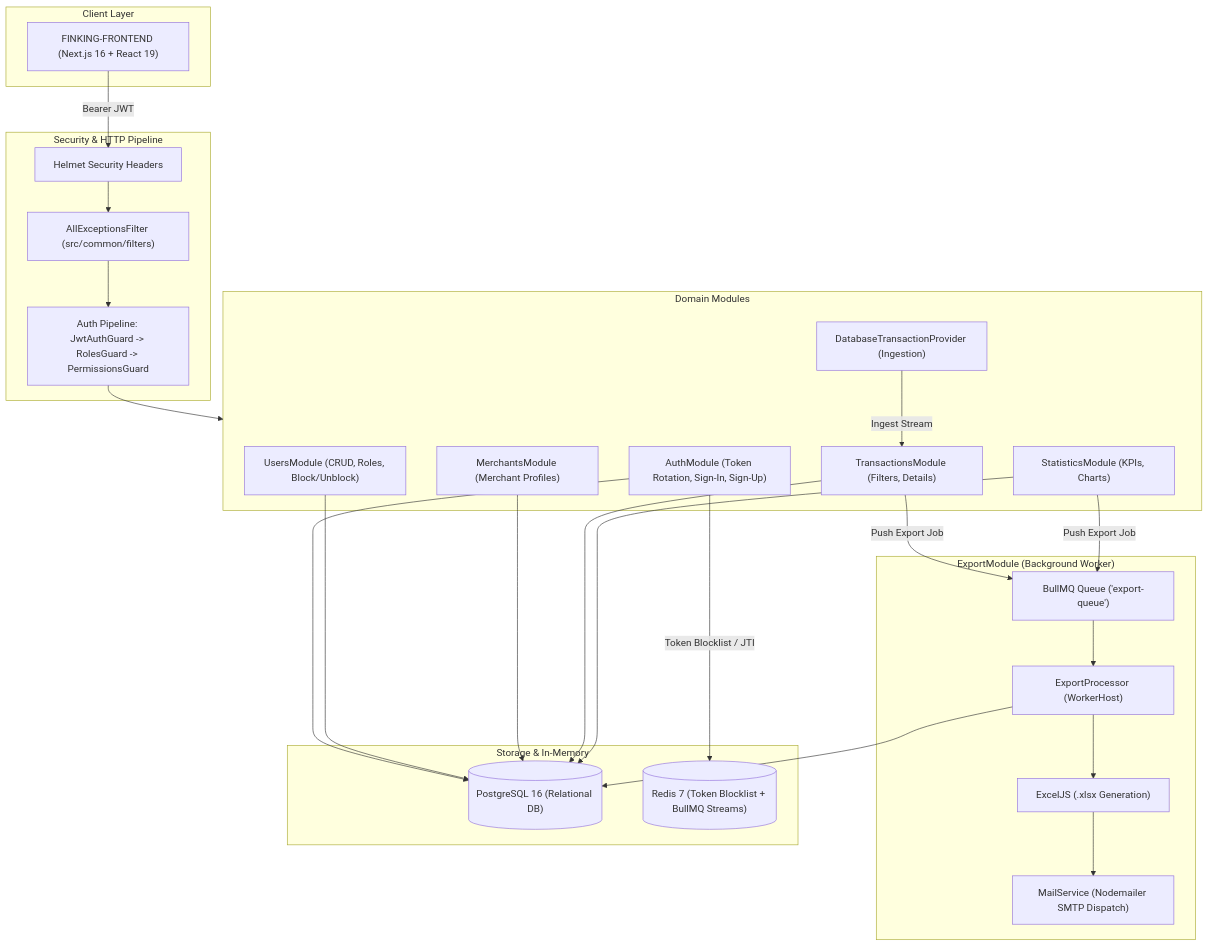
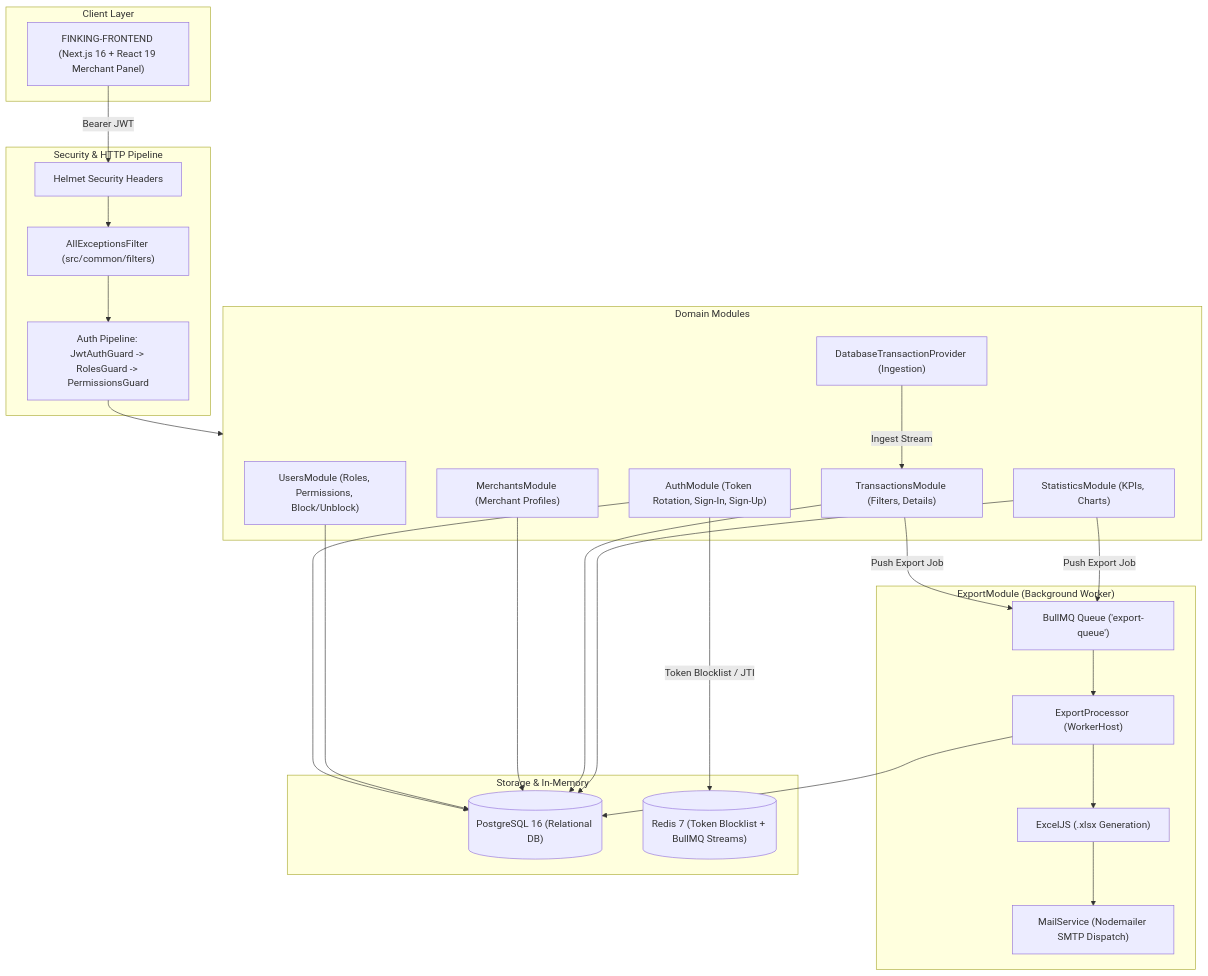
One commit to swe-rashad/FINKING-BACKEND changed the diagram in README.md. Above: the diagram before and after it, drawn with Mermaid. The commit also changed other lines of this file, not shown here.

Commit message:
docs: position backend as Merchant Panel Platform

````diff
--- a/README.md
+++ b/README.md
@@ -23,53 +23,53 @@
 ```mermaid
 flowchart TB
   subgraph Client ["Client Layer"]
-    FE["FINKING-FRONTEND (Next.js 16 + React 19)"]
+    FE["FINKING-FRONTEND (Next.js 16 + React 19 Merchant Panel)"]
   end
 
   subgraph Gateway ["Security & HTTP Pipeline"]
     Helmet["Helmet Security Headers"]
     Filter["AllExceptionsFilter (src/common/filters)"]
     Guards["Auth Pipeline: JwtAuthGuard -> RolesGuard -> PermissionsGuard"]
   end
 
   subgraph Modules ["Domain Modules"]
     Auth["AuthModule (Token Rotation, Sign-In, Sign-Up)"]
-    Users["UsersModule (CRUD, Roles, Block/Unblock)"]
+    Users["UsersModule (Roles, Permissions, Block/Unblock)"]
     Merchants["MerchantsModule (Merchant Profiles)"]
     TxProvider["DatabaseTransactionProvider (Ingestion)"]
     Transactions["TransactionsModule (Filters, Details)"]
     Statistics["StatisticsModule (KPIs, Charts)"]
   end
 
   subgraph AsyncWorker ["ExportModule (Background Worker)"]
     Queue["BullMQ Queue ('export-queue')"]
     Worker["ExportProcessor (WorkerHost)"]
     Excel["ExcelJS (.xlsx Generation)"]
     Mail["MailService (Nodemailer SMTP Dispatch)"]
   end
 
   subgraph DataStores ["Storage & In-Memory"]
     Postgres[("PostgreSQL 16 (Relational DB)")]
     Redis[("Redis 7 (Token Blocklist + BullMQ Streams)")]
   end
 
   FE -->|Bearer JWT| Helmet
   Helmet --> Filter
   Filter --> Guards
   Guards --> Modules
 
   Auth --> Postgres
   Auth -->|Token Blocklist / JTI| Redis
   Users --> Postgres
   Merchants --> Postgres
   TxProvider -->|Ingest Stream| Transactions
   Transactions --> Postgres
   Statistics --> Postgres
 
   Transactions -->|Push Export Job| Queue
   Statistics -->|Push Export Job| Queue
   Queue --> Worker
   Worker --> Postgres
   Worker --> Excel
   Excel --> Mail
 ```
````
